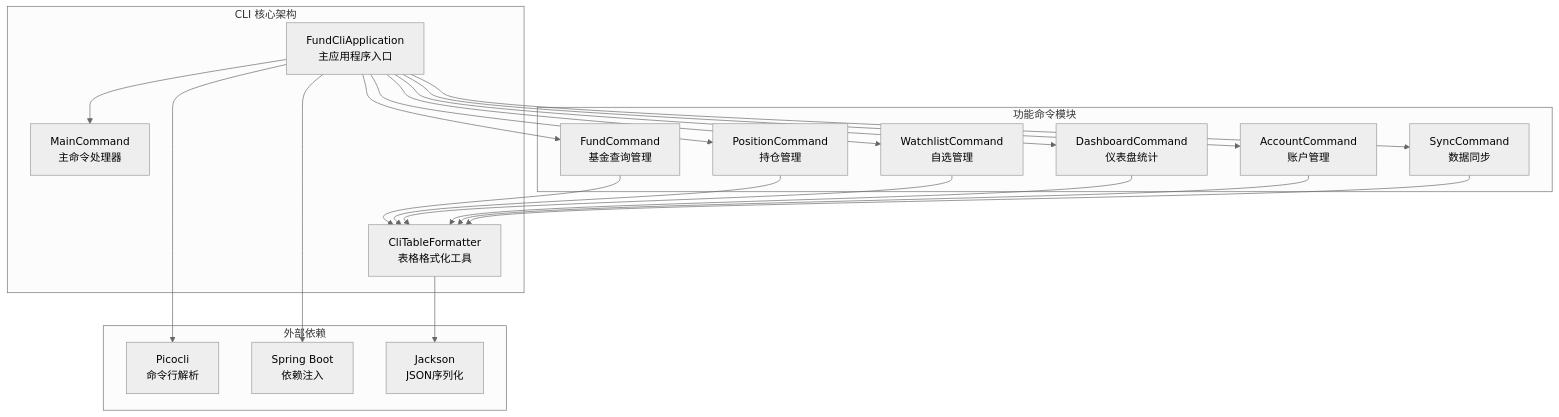
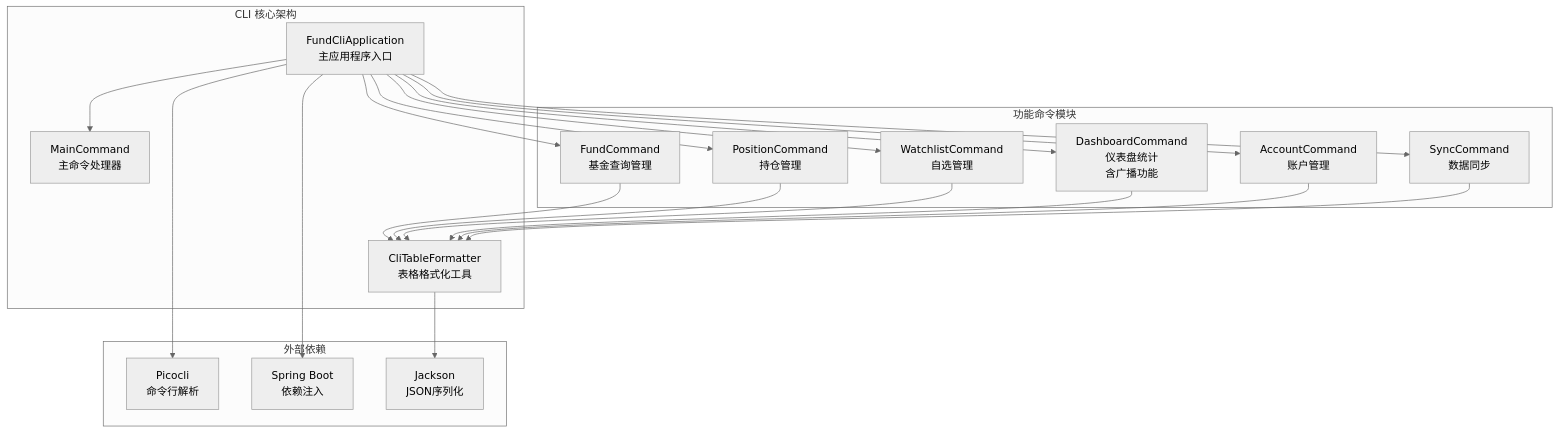
One commit to gree-coder/fund-butler changed the first of 9 diagrams in .qoder/repowiki/zh/content/核心功能开发/命令行界面.md. Above: the diagram before and after it, drawn with Mermaid (neutral theme). The commit also changed other lines of this file and 3 other files, not shown here.

````diff
--- a/.qoder/repowiki/zh/content/核心功能开发/命令行界面.md
+++ b/.qoder/repowiki/zh/content/核心功能开发/命令行界面.md
@@ -39,37 +49,37 @@
 ```mermaid
 graph TB
 subgraph "CLI 核心架构"
 A[FundCliApplication<br/>主应用程序入口]
 B[MainCommand<br/>主命令处理器]
 C[CliTableFormatter<br/>表格格式化工具]
 end
 subgraph "功能命令模块"
 D[FundCommand<br/>基金查询管理]
 E[PositionCommand<br/>持仓管理]
 F[WatchlistCommand<br/>自选管理]
-G[DashboardCommand<br/>仪表盘统计]
+G[DashboardCommand<br/>仪表盘统计<br/>含广播功能]
 H[AccountCommand<br/>账户管理]
 I[SyncCommand<br/>数据同步]
 end
 subgraph "外部依赖"
 J[Picocli<br/>命令行解析]
 K[Spring Boot<br/>依赖注入]
 L[Jackson<br/>JSON序列化]
 end
 A --> B
 A --> D
 A --> E
 A --> F
 A --> G
 A --> H
 A --> I
 D --> C
 E --> C
 F --> C
 G --> C
 H --> C
 I --> C
 A --> J
 A --> K
 C --> L
 ```
````
